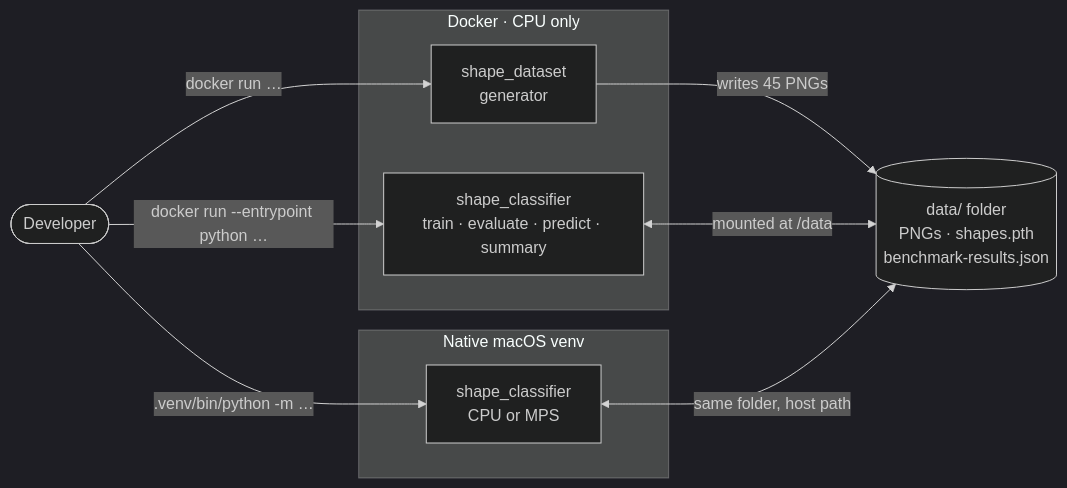
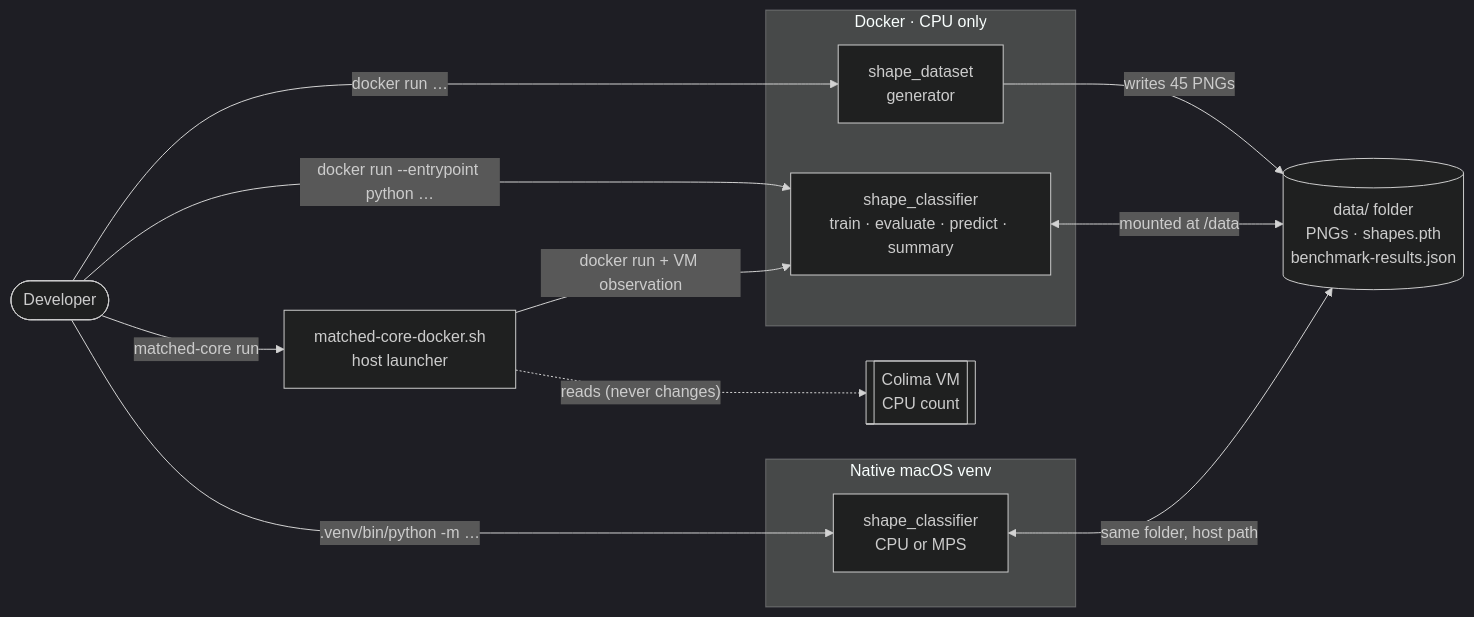
Before and after one commit to nal/ML: the first of 15 diagrams in CNN/image_classification/docs/hld/hld.md, drawn with Mermaid (dark theme). The commit also changed other lines of this file and 1 other file, not shown here.

First line of the commit message:
docs(hld): cover matched-core benchmark in HLD and slides

````diff
--- a/CNN/image_classification/docs/hld/hld.md
+++ b/CNN/image_classification/docs/hld/hld.md
@@ -42,19 +42,24 @@
 ```mermaid
 flowchart LR
   user([Developer])
   subgraph docker["Docker · CPU only"]
     gen["shape_dataset<br/>generator"]
     clf["shape_classifier<br/>train · evaluate · predict · summary"]
   end
   subgraph native["Native macOS venv"]
     nclf["shape_classifier<br/>CPU or MPS"]
   end
   data[("data/ folder<br/>PNGs · shapes.pth<br/>benchmark-results.json")]
 
+  launch["matched-core-docker.sh<br/>host launcher"]
+  colima[["Colima VM<br/>CPU count"]]
   user -- "docker run …" --> gen
   user -- "docker run --entrypoint python …" --> clf
+  user -- "matched-core run" --> launch
+  launch -. "reads (never changes)" .-> colima
+  launch -- "docker run + VM observation" --> clf
   user -- ".venv/bin/python -m …" --> nclf
   gen -- "writes 45 PNGs" --> data
   clf <-- "mounted at /data" --> data
   nclf <-- "same folder, host path" --> data
 ```
````
